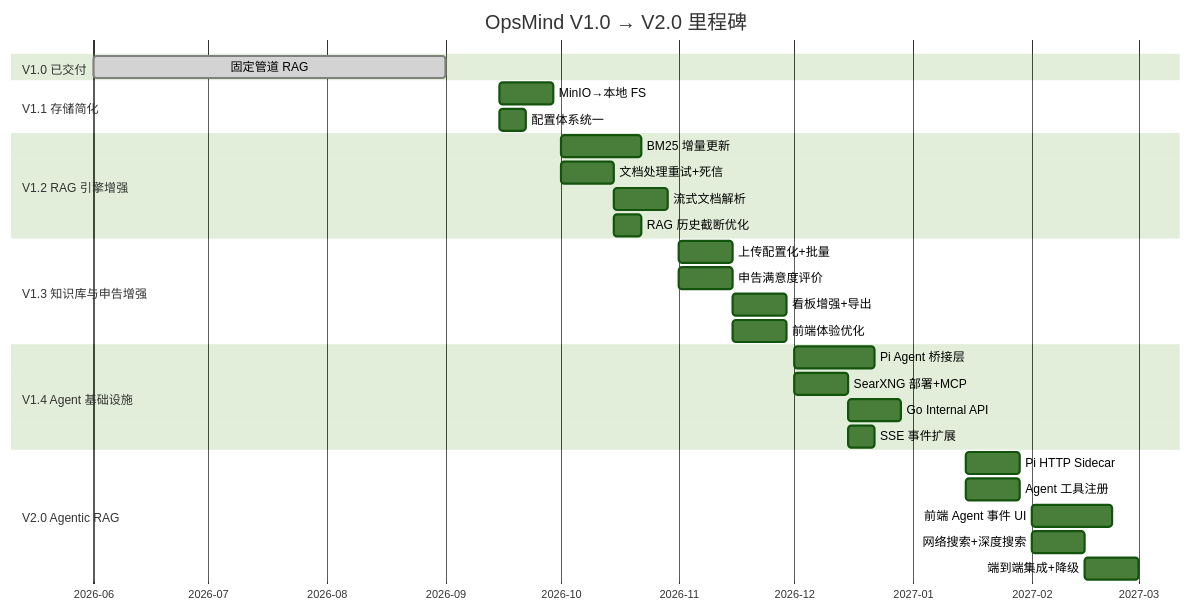
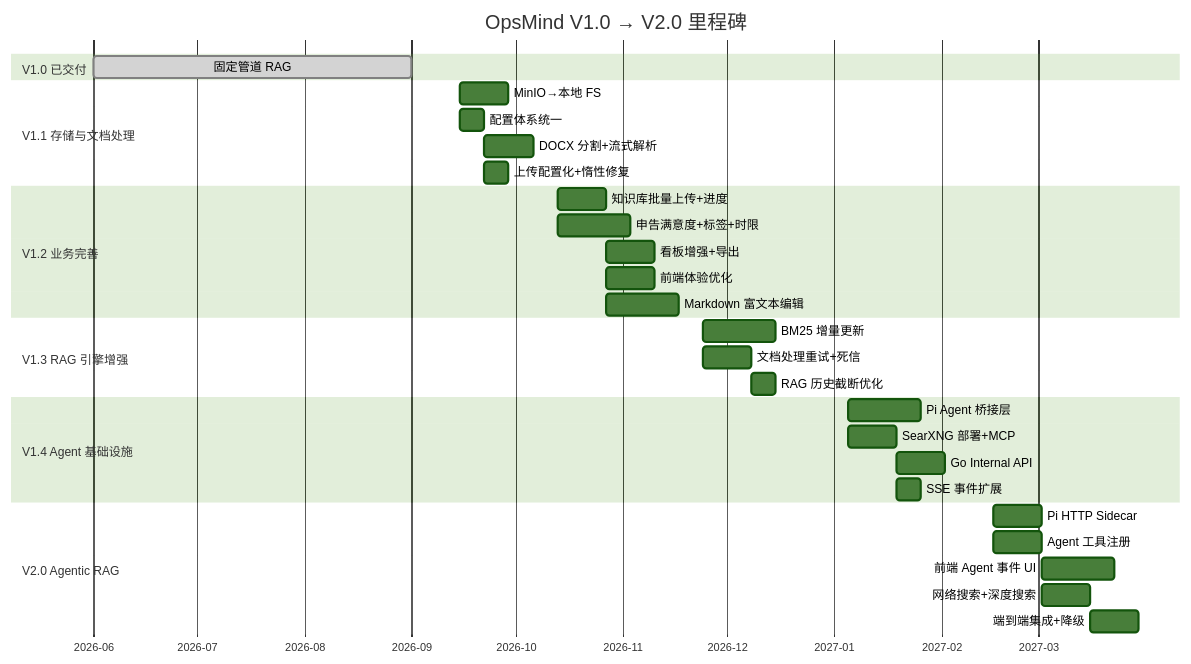
The tenth of 10 diagrams in docs/ROADMAP.md (int2t05/Cognik), drawn with Mermaid (forest theme) before and after one commit. The commit also changed other lines of this file and 27 other files, not shown here.

````diff
--- a/docs/ROADMAP.md
+++ b/docs/ROADMAP.md
@@ -416,38 +440,40 @@
 ```mermaid
 gantt
     title OpsMind V1.0 → V2.0 里程碑
     dateFormat YYYY-MM-DD
     axisFormat %Y-%m
 
     section V1.0 已交付
-    固定管道 RAG         :done, v1, 2026-06-01, 2026-09-01
+    固定管道 RAG              :done, v1, 2026-06-01, 2026-09-01
 
-    section V1.1 存储简化
-    MinIO→本地 FS        :v11a, 2026-09-15, 14d
-    配置体系统一          :v11b, 2026-09-15, 7d
+    section V1.1 存储与文档处理
+    MinIO→本地 FS             :v11a, 2026-09-15, 14d
+    配置体系统一               :v11b, 2026-09-15, 7d
+    DOCX 分割+流式解析         :v11c, 2026-09-22, 14d
+    上传配置化+惰性修复        :v11d, 2026-09-22, 7d
 
-    section V1.2 RAG 引擎增强
-    BM25 增量更新        :v12a, 2026-10-01, 21d
-    文档处理重试+死信     :v12b, 2026-10-01, 14d
-    流式文档解析          :v12c, 2026-10-15, 14d
-    RAG 历史截断优化      :v12d, 2026-10-15, 7d
+    section V1.2 业务完善
+    知识库批量上传+进度        :v12a, 2026-10-13, 14d
+    申告满意度+标签+时限       :v12b, 2026-10-13, 21d
+    看板增强+导出              :v12c, 2026-10-27, 14d
+    前端体验优化               :v12d, 2026-10-27, 14d
+    Markdown 富文本编辑        :v12e, 2026-10-27, 21d
 
-    section V1.3 知识库与申告增强
-    上传配置化+批量       :v13a, 2026-11-01, 14d
-    申告满意度评价        :v13b, 2026-11-01, 14d
-    看板增强+导出         :v13c, 2026-11-15, 14d
-    前端体验优化          :v13d, 2026-11-15, 14d
+    section V1.3 RAG 引擎增强
+    BM25 增量更新             :v13a, 2026-11-24, 21d
+    文档处理重试+死信          :v13b, 2026-11-24, 14d
+    RAG 历史截断优化           :v13c, 2026-12-08, 7d
 
     section V1.4 Agent 基础设施
-    Pi Agent 桥接层      :v14a, 2026-12-01, 21d
-    SearXNG 部署+MCP     :v14b, 2026-12-01, 14d
-    Go Internal API      :v14c, 2026-12-15, 14d
-    SSE 事件扩展          :v14d, 2026-12-15, 7d
+    Pi Agent 桥接层           :v14a, 2027-01-05, 21d
+    SearXNG 部署+MCP          :v14b, 2027-01-05, 14d
+    Go Internal API           :v14c, 2027-01-19, 14d
+    SSE 事件扩展              :v14d, 2027-01-19, 7d
 
     section V2.0 Agentic RAG
-    Pi HTTP Sidecar      :v20a, 2027-01-15, 14d
-    Agent 工具注册        :v20b, 2027-01-15, 14d
-    前端 Agent 事件 UI    :v20c, 2027-02-01, 21d
-    网络搜索+深度搜索     :v20d, 2027-02-01, 14d
-    端到端集成+降级       :v20e, 2027-02-15, 14d
+    Pi HTTP Sidecar           :v20a, 2027-02-16, 14d
+    Agent 工具注册             :v20b, 2027-02-16, 14d
+    前端 Agent 事件 UI        :v20c, 2027-03-02, 21d
+    网络搜索+深度搜索          :v20d, 2027-03-02, 14d
+    端到端集成+降级            :v20e, 2027-03-16, 14d
 ```
````
